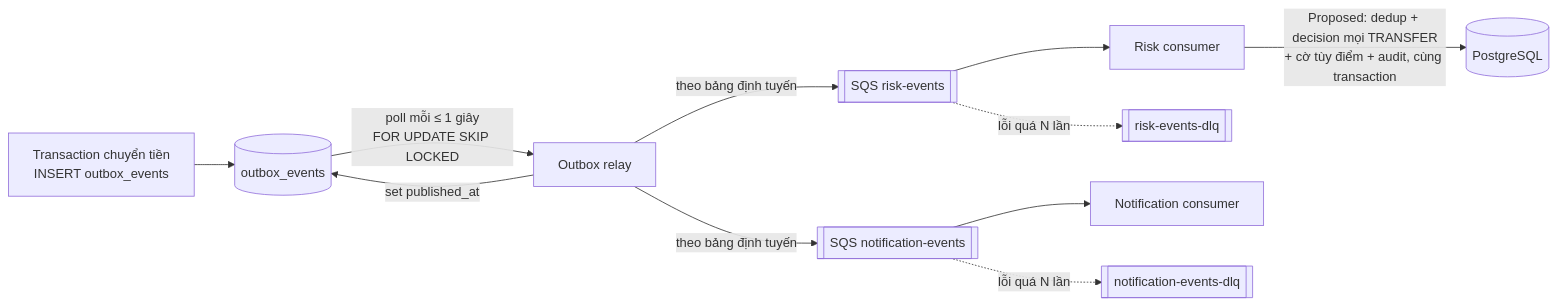
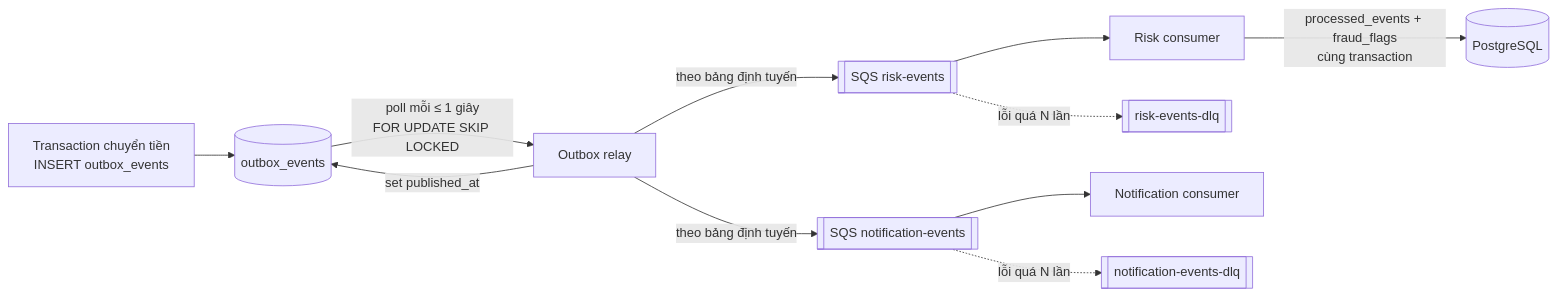
Diagram 11 of 14 in docs/03_HIGH_LEVEL_ARCHITECTURE.md (Lawliet119/digital-banking-simulator), drawn with Mermaid before and after one commit. The commit also changed other lines of this file and 7 other files, not shown here.

````diff
--- a/docs/03_HIGH_LEVEL_ARCHITECTURE.md
+++ b/docs/03_HIGH_LEVEL_ARCHITECTURE.md
@@ -738,13 +684,13 @@
 ```mermaid
 flowchart LR
     TX["Transaction chuyển tiền<br/>INSERT outbox_events"] --> OB[(outbox_events)]
     OB -->|poll mỗi ≤ 1 giây<br/>FOR UPDATE SKIP LOCKED| REL[Outbox relay]
     REL -->|theo bảng định tuyến| QR[[SQS risk-events]]
     REL -->|theo bảng định tuyến| QN[[SQS notification-events]]
     REL -->|set published_at| OB
     QR --> RS[Risk consumer]
     QN --> NT[Notification consumer]
     QR -.->|lỗi quá N lần| DR[[risk-events-dlq]]
     QN -.->|lỗi quá N lần| DN[[notification-events-dlq]]
-    RS -->|Proposed: dedup + decision mọi TRANSFER<br/>+ cờ tùy điểm + audit, cùng transaction| PG[(PostgreSQL)]
+    RS -->|processed_events + fraud_flags<br/>cùng transaction| PG[(PostgreSQL)]
 ```
````
